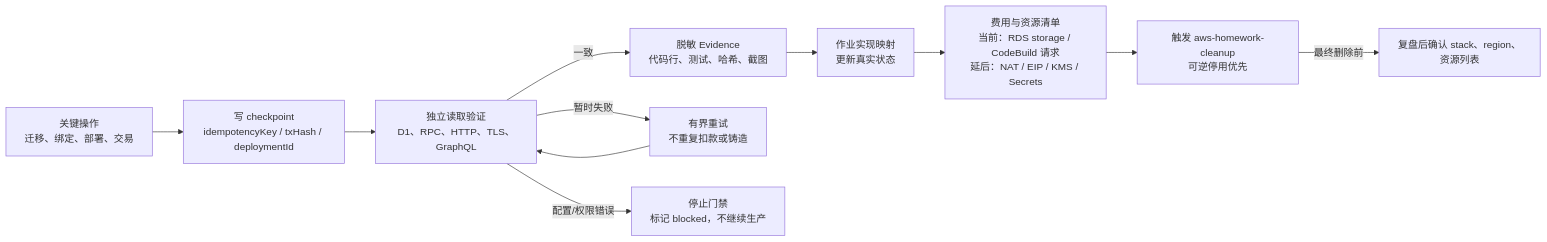
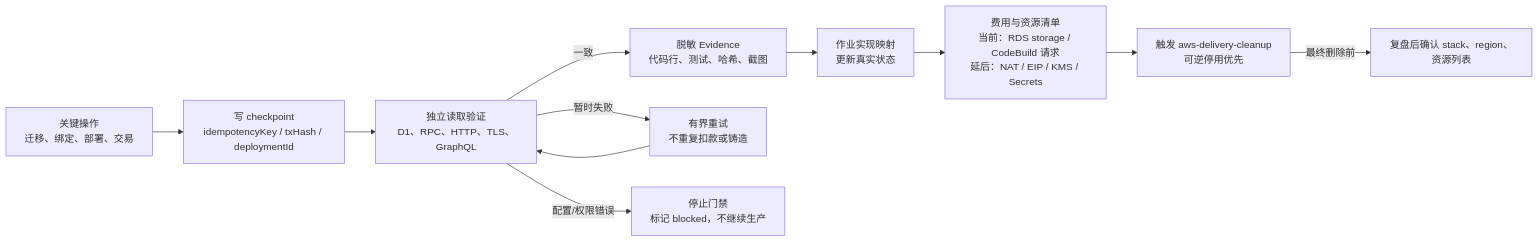
The eighth of 8 diagrams in docs/architecture/starbuddy-web3-architecture.mmd (Tiancheng-Xu/babysteps), drawn with Mermaid before and after one commit. The commit also changed other lines of this file and 31 other files, not shown here.

````diff
--- a/docs/architecture/starbuddy-web3-architecture.mmd
+++ b/docs/architecture/starbuddy-web3-architecture.mmd
@@ -222,13 +222,13 @@
 ```mermaid
 flowchart LR
     action["关键操作<br/>迁移、绑定、部署、交易"] --> checkpoint["写 checkpoint<br/>idempotencyKey / txHash / deploymentId"]
     checkpoint --> verify["独立读取验证<br/>D1、RPC、HTTP、TLS、GraphQL"]
     verify -->|"一致"| evidence2["脱敏 Evidence<br/>代码行、测试、哈希、截图"]
     verify -->|"暂时失败"| retry["有界重试<br/>不重复扣款或铸造"]
     verify -->|"配置/权限错误"| stop["停止门禁<br/>标记 blocked，不继续生产"]
     retry --> verify
     evidence2 --> map["作业实现映射<br/>更新真实状态"]
     map --> cost["费用与资源清单<br/>当前：RDS storage / CodeBuild 请求<br/>延后：NAT / EIP / KMS / Secrets"]
-    cost --> cleanup["触发 aws-homework-cleanup<br/>可逆停用优先"]
+    cost --> cleanup["触发 aws-delivery-cleanup<br/>可逆停用优先"]
     cleanup -->|"最终删除前"| confirm["复盘后确认 stack、region、资源列表"]
 ```
````
